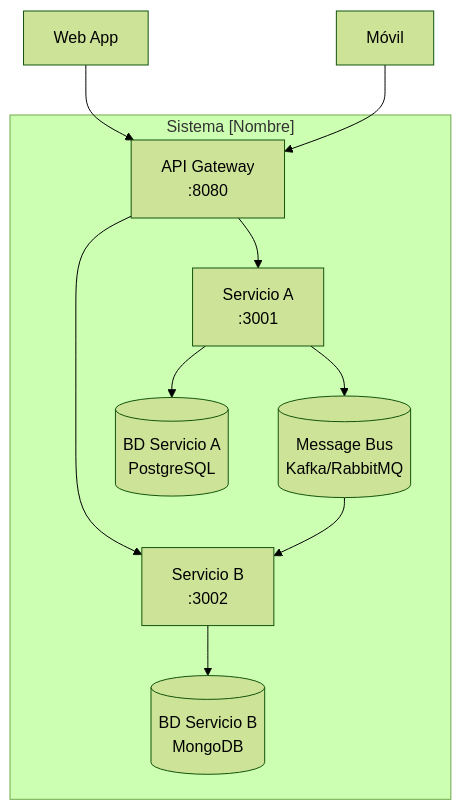
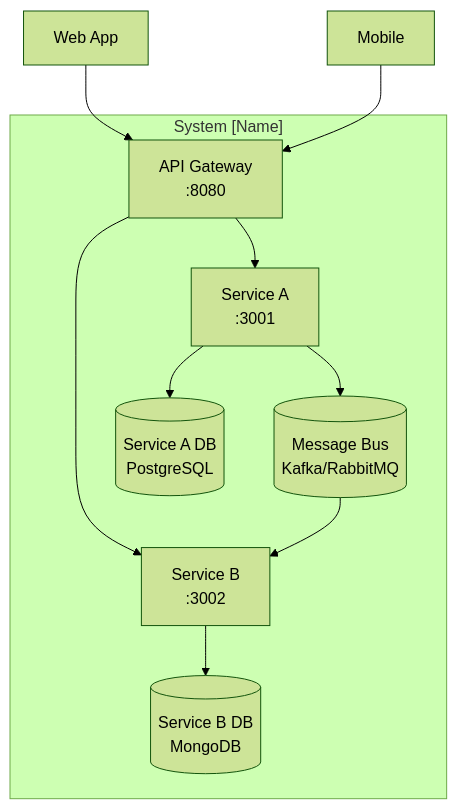
The diagram in 05-architecture/overview.md (jesusarielgb-works/microservices-governance-framework), drawn with Mermaid (forest theme) before and after one commit. The commit also changed other lines of this file and 83 other files, not shown here.

First line of the commit message:
docs: translate all content to English + add SVG diagrams

````diff
--- a/05-architecture/overview.md
+++ b/05-architecture/overview.md
@@ -67,20 +67,20 @@
 ```mermaid
 graph TB
-  subgraph "Sistema [Nombre]"
+  subgraph "System [Name]"
     GW[API Gateway<br/>:8080]
-    SA[Servicio A<br/>:3001]
-    SB[Servicio B<br/>:3002]
+    SA[Service A<br/>:3001]
+    SB[Service B<br/>:3002]
     BUS[(Message Bus<br/>Kafka/RabbitMQ)]
-    DBA[(BD Servicio A<br/>PostgreSQL)]
-    DBB[(BD Servicio B<br/>MongoDB)]
+    DBA[(Service A DB<br/>PostgreSQL)]
+    DBB[(Service B DB<br/>MongoDB)]
   end
 
   WEB[Web App] --> GW
-  MOB[Móvil] --> GW
+  MOB[Mobile] --> GW
   GW --> SA
   GW --> SB
   SA --> DBA
   SB --> DBB
   SA --> BUS
   BUS --> SB
 ```
````
